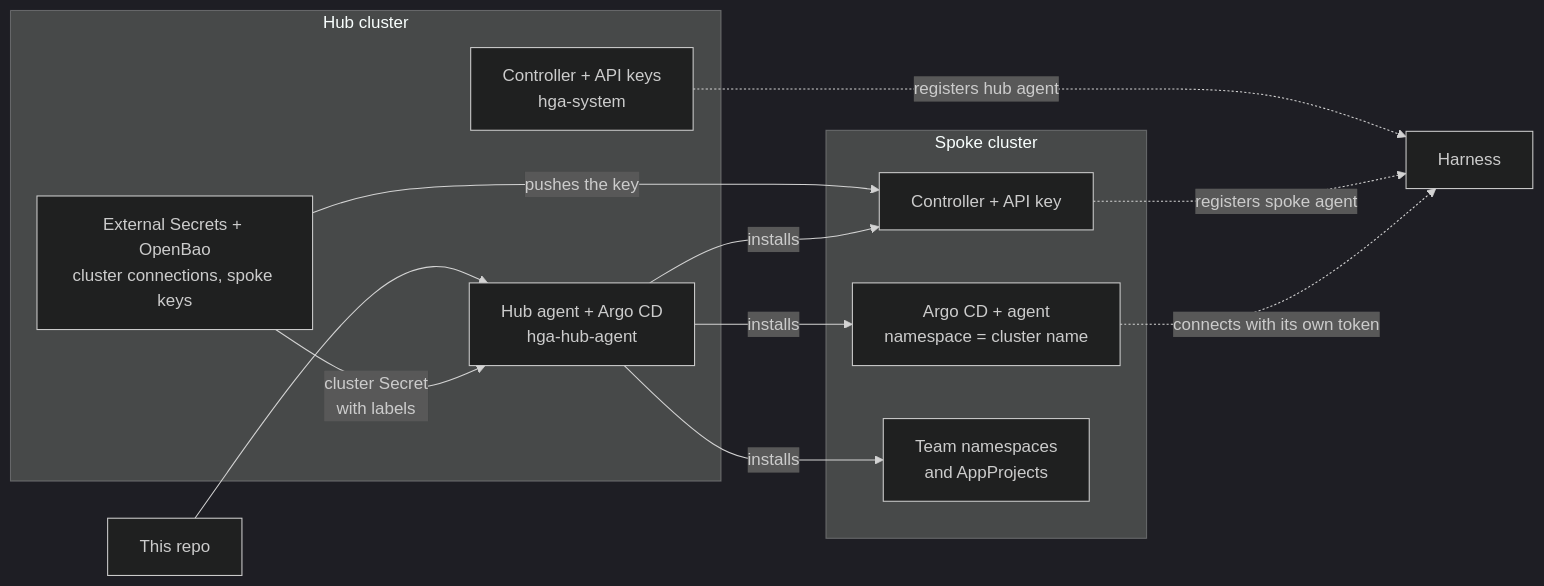
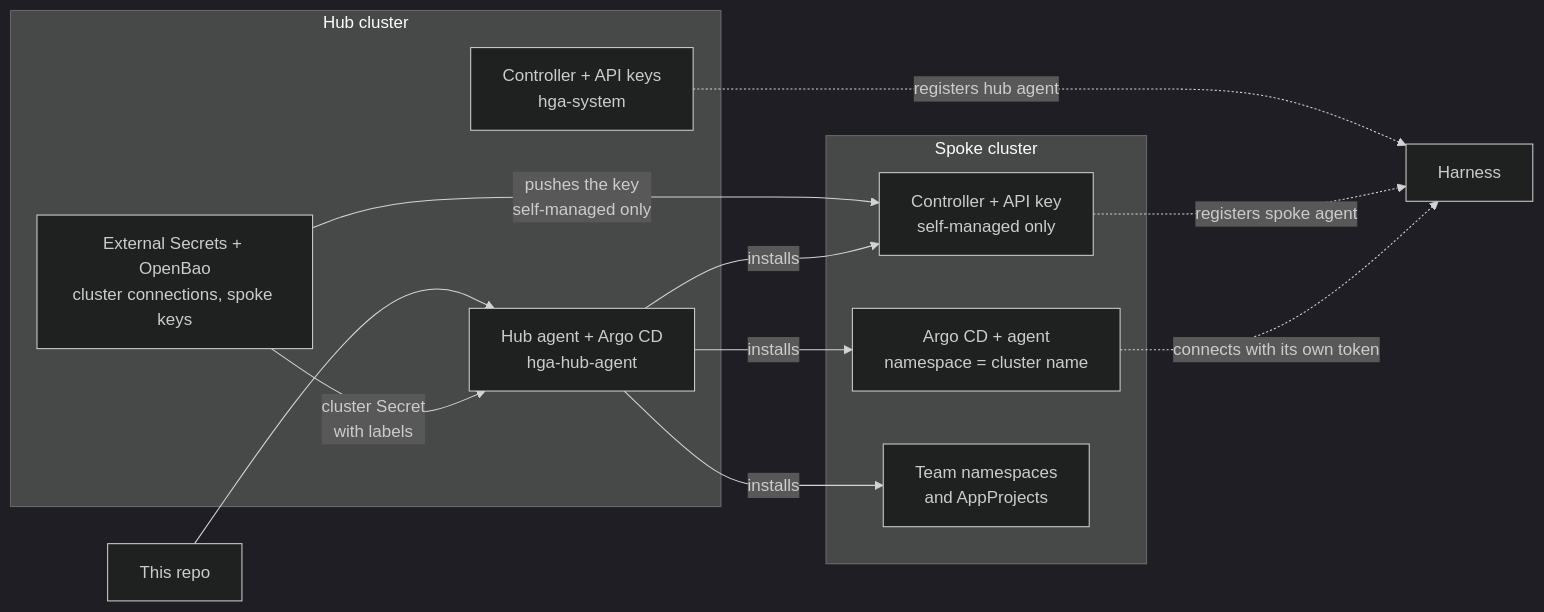
Before and after one commit to harness-landing-zone/harness-gitops: the diagram in README.md, drawn with Mermaid (dark theme). The commit also changed other lines of this file and 18 other files, not shown here.

First line of the commit message:
Bring back the hub-managed model as the default (controller: hub | self)

````diff
--- a/README.md
+++ b/README.md
@@ -23,22 +29,22 @@
 ```mermaid
 flowchart LR
   git["This repo"] --> hubargo
   subgraph hub["Hub cluster"]
     ctrl["Controller + API keys<br/>hga-system"]
     hubargo["Hub agent + Argo CD<br/>hga-hub-agent"]
     eso["External Secrets + OpenBao<br/>cluster connections, spoke keys"]
   end
   subgraph spoke["Spoke cluster"]
-    sctrl["Controller + API key"]
+    sctrl["Controller + API key<br/>self-managed only"]
     rt["Argo CD + agent<br/>namespace = cluster name"]
     teams["Team namespaces<br/>and AppProjects"]
   end
   eso -- "cluster Secret<br/>with labels" --> hubargo
-  eso -- "pushes the key" --> sctrl
+  eso -- "pushes the key<br/>self-managed only" --> sctrl
   hubargo -- "installs" --> sctrl
   hubargo -- "installs" --> rt
   hubargo -- "installs" --> teams
   ctrl -. "registers hub agent" .-> harness["Harness"]
   sctrl -. "registers spoke agent" .-> harness
   rt -. "connects with its own token" .-> harness
 ```
````
